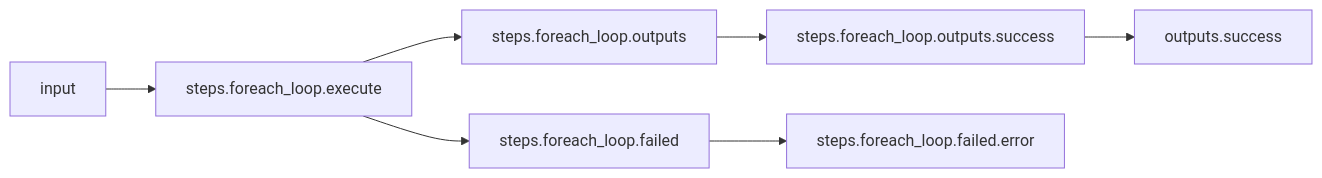
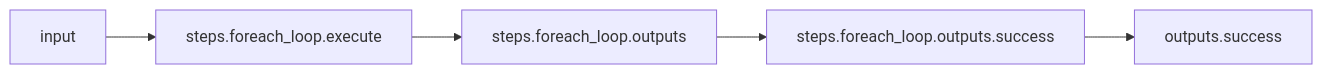
The first of 2 diagrams in basic-examples/bind-constants/README.md (arcalot/arcaflow-workflows), drawn with Mermaid before and after one commit. The commit also changed other lines of this file and 49 other files, not shown here.

````diff
--- a/basic-examples/bind-constants/README.md
+++ b/basic-examples/bind-constants/README.md
@@ -37,14 +63,9 @@
 ```mermaid
 %% Mermaid markdown workflow
 flowchart LR
 %% Success path
 input-->steps.foreach_loop.execute
 steps.foreach_loop.execute-->steps.foreach_loop.outputs
 steps.foreach_loop.outputs-->steps.foreach_loop.outputs.success
 steps.foreach_loop.outputs.success-->outputs.success
-%% Error path
-steps.foreach_loop.execute-->steps.foreach_loop.failed
-steps.foreach_loop.failed-->steps.foreach_loop.failed.error
-%% Mermaid end
-
 ```
````
